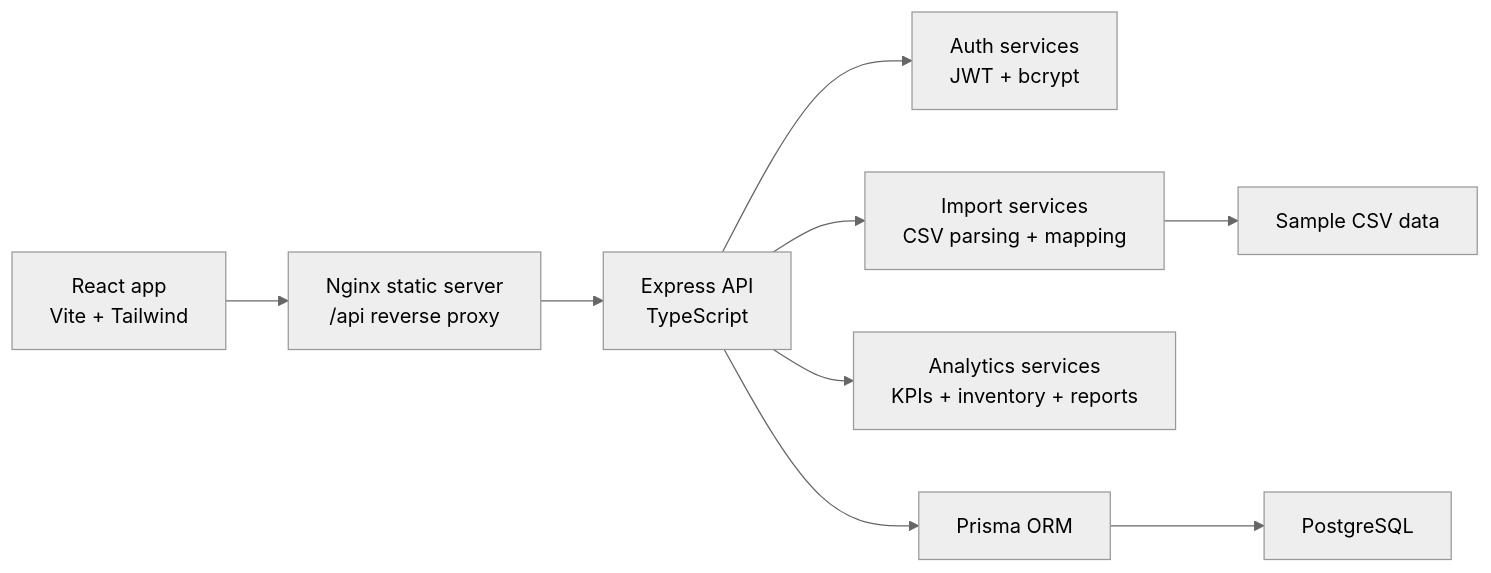
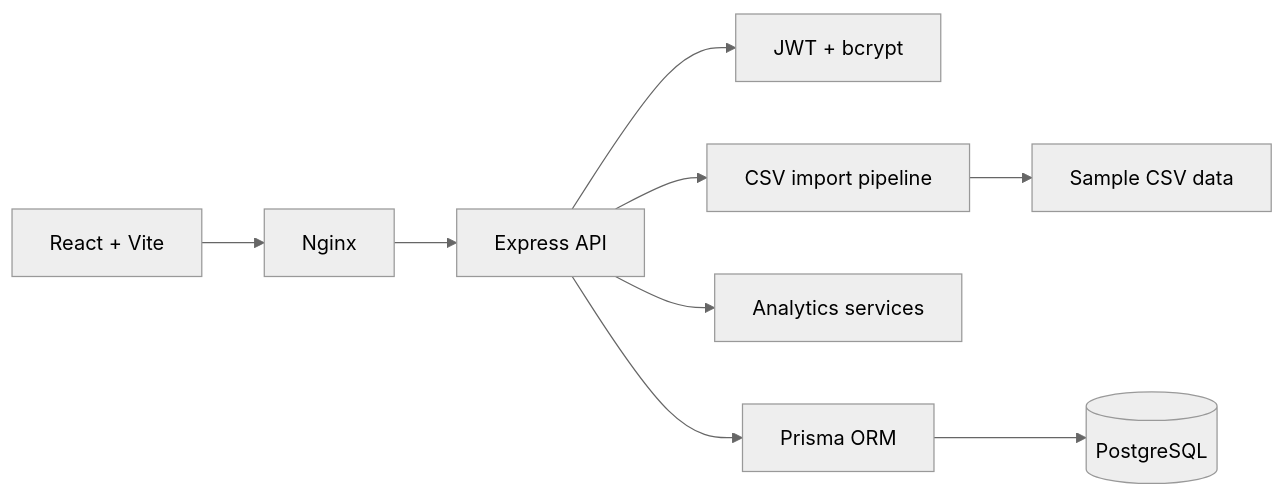
One commit to hannnnnnnny/till-tally changed the second of 2 diagrams in README.md. Above: the diagram before and after it, drawn with Mermaid (neutral theme). The commit also changed other lines of this file, not shown here.

````diff
--- a/README.md
+++ b/README.md
@@ -54,11 +82,11 @@
 ```mermaid
 flowchart LR
-  Browser["React app<br/>Vite + Tailwind"] --> Nginx["Nginx static server<br/>/api reverse proxy"]
-  Nginx --> API["Express API<br/>TypeScript"]
-  API --> Auth["Auth services<br/>JWT + bcrypt"]
-  API --> Imports["Import services<br/>CSV parsing + mapping"]
-  API --> Analytics["Analytics services<br/>KPIs + inventory + reports"]
-  API --> Prisma["Prisma ORM"]
-  Prisma --> Postgres["PostgreSQL"]
-  Imports --> SampleData["Sample CSV data"]
+    Browser[React + Vite] --> Nginx[Nginx]
+    Nginx --> API[Express API]
+    API --> Auth[JWT + bcrypt]
+    API --> Imports[CSV import pipeline]
+    API --> Analytics[Analytics services]
+    API --> Prisma[Prisma ORM]
+    Prisma --> Postgres[(PostgreSQL)]
+    Imports --> Sample[Sample CSV data]
 ```
````
